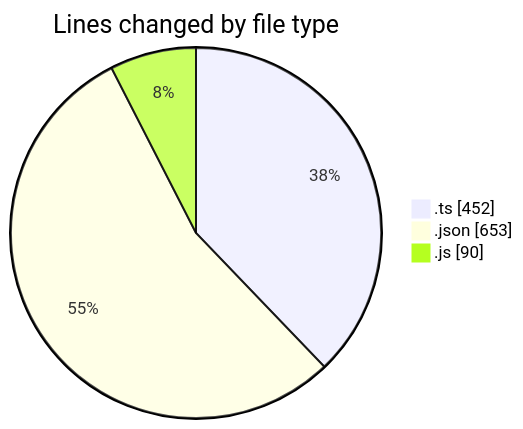
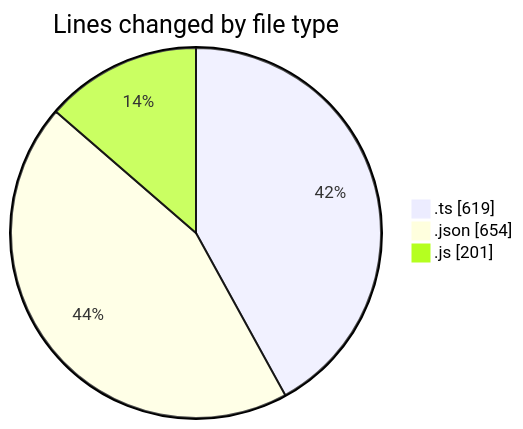
The first of 2 diagrams in 2025-08-26/mcp-web/README.md (EIIisD/code-tracking), drawn with Mermaid before and after one commit. The commit also changed other lines of this file and 1 other file, not shown here.

````diff
--- a/2025-08-26/mcp-web/README.md
+++ b/2025-08-26/mcp-web/README.md
@@ -24,7 +26,7 @@
 ```mermaid
 pie showData
 title Lines changed by file type
-".ts" : 452
-".json" : 653
-".js" : 90
+".ts" : 619
+".json" : 654
+".js" : 201
 ```
````
